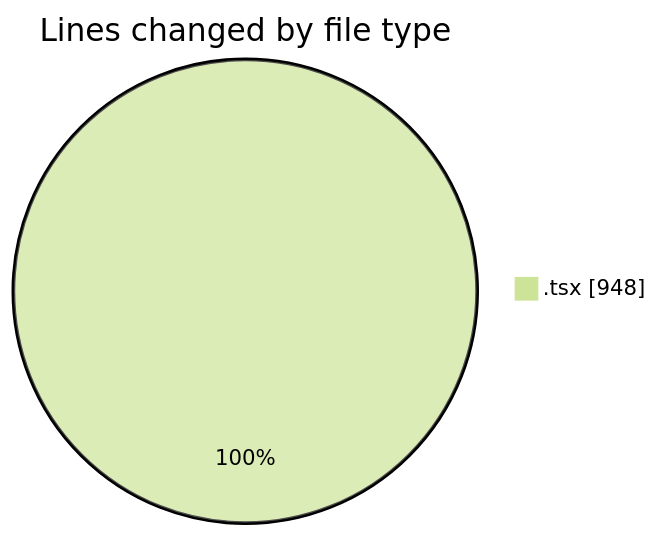
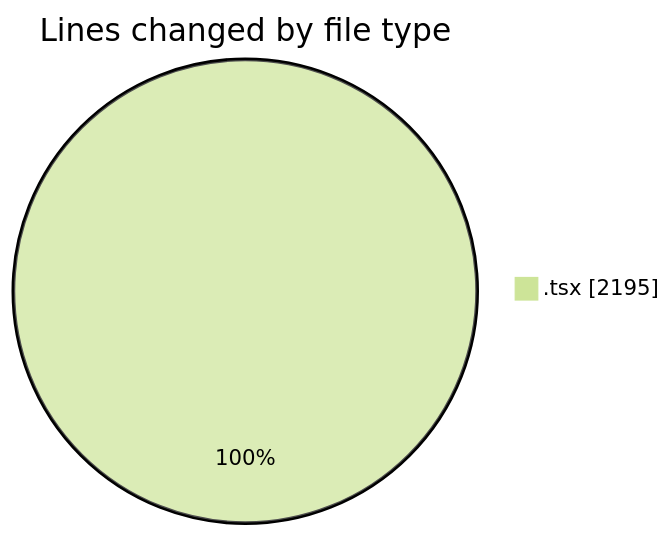
The first of 2 diagrams in 2026-06-19/nxtqube_webapp/README.md (nxtqubesakshisongat/code-tracking), drawn with Mermaid (forest theme) before and after one commit. The commit also changed other lines of this file and 1 other file, not shown here.

````diff
--- a/2026-06-19/nxtqube_webapp/README.md
+++ b/2026-06-19/nxtqube_webapp/README.md
@@ -20,5 +21,5 @@
 ```mermaid
 pie showData
 title Lines changed by file type
-".tsx" : 948
+".tsx" : 2195
 ```
````
